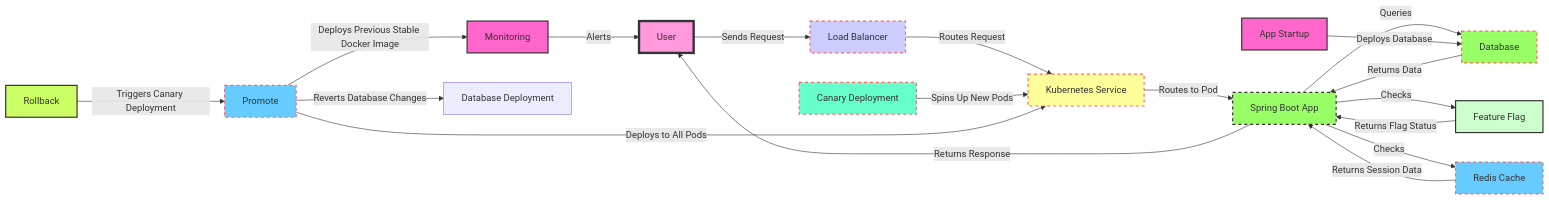
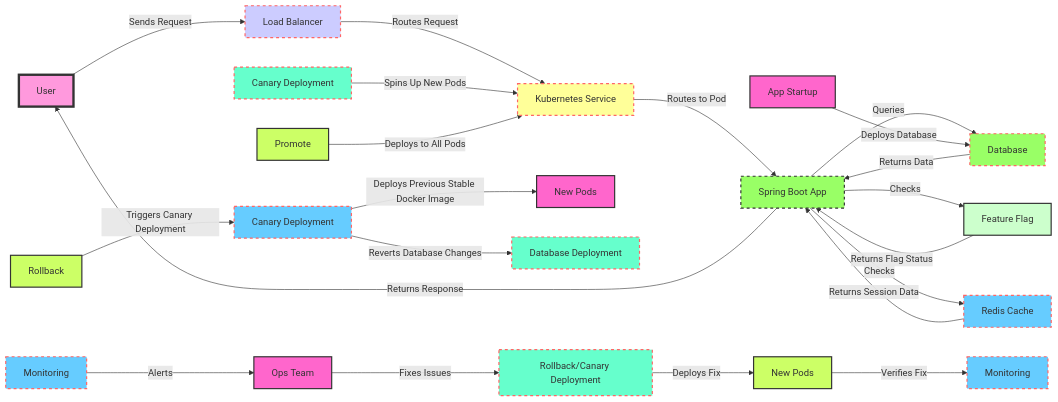
One commit to octodemo/java-springboot-demo changed the second of 3 diagrams in README.md. Above: the diagram before and after it, drawn with Mermaid. The commit also changed other lines of this file, not shown here.

Commit message:
Update README.md with app deployment flow diagram

````diff
--- a/README.md
+++ b/README.md
@@ -70,32 +91,42 @@
 ```mermaid
 graph LR
     A[User] -->|Sends Request| B[Load Balancer]
     B -->|Routes Request| C[Kubernetes Service]
     C -->|Routes to Pod| D[Spring Boot App]
     D -->|Queries| E[Database]
     E -->|Returns Data| D
     D -->|Checks| F[Feature Flag]
     F -->|Returns Flag Status| D
     D -->|Checks| G[Redis Cache]
     G -->|Returns Session Data| D
     D -->|Returns Response| A
     H[App Startup] -->|Deploys Database| E
     I[Canary Deployment] -->|Spins Up New Pods| C
     J[Rollback] -->|Triggers Canary Deployment| K[Canary Deployment]
     K -->|Deploys Previous Stable Docker Image| L[New Pods]
     K -->|Reverts Database Changes| M[Database Deployment]
-    K[Promote] -->|Deploys to All Pods| C
-    L[Monitoring] -->|Alerts| A
+    N[Promote] -->|Deploys to All Pods| C
+    O[Monitoring] -->|Alerts| P[Ops Team]
+    P -->|Fixes Issues| Q[Rollback/Canary Deployment]
+    Q -->|Deploys Fix| R[New Pods]
+    R -->|Verifies Fix| S[Monitoring]
     style A fill:#f9d,stroke:#333,stroke-width:4px
     style B fill:#ccf,stroke:#f66,stroke-width:2px,stroke-dasharray: 5, 5
     style C fill:#ff9,stroke:#f66,stroke-width:2px,stroke-dasharray: 5, 5
     style D fill:#9f6,stroke:#333,stroke-width:2px,stroke-dasharray: 5, 5
     style E fill:#9f6,stroke:#f66,stroke-width:2px,stroke-dasharray: 5, 5
     style F fill:#cfc,stroke:#333,stroke-width:2px
     style G fill:#6cf,stroke:#f66,stroke-width:2px,stroke-dasharray: 5, 5
     style H fill:#f6c,stroke:#333,stroke-width:2px
     style I fill:#6fc,stroke:#f66,stroke-width:2px,stroke-dasharray: 5, 5
     style J fill:#cf6,stroke:#333,stroke-width:2px
     style K fill:#6cf,stroke:#f66,stroke-width:2px,stroke-dasharray: 5, 5
     style L fill:#f6c,stroke:#333,stroke-width:2px
+    style M fill:#6fc,stroke:#f66,stroke-width:2px,stroke-dasharray: 5, 5
+    style N fill:#cf6,stroke:#333,stroke-width:2px
+    style O fill:#6cf,stroke:#f66,stroke-width:2px,stroke-dasharray: 5, 5
+    style P fill:#f6c,stroke:#333,stroke-width:2px
+    style Q fill:#6fc,stroke:#f66,stroke-width:2px,stroke-dasharray: 5, 5
+    style R fill:#cf6,stroke:#333,stroke-width:2px
+    style S fill:#6cf,stroke:#f66,stroke-width:2px,stroke-dasharray: 5, 5
 ```
````
